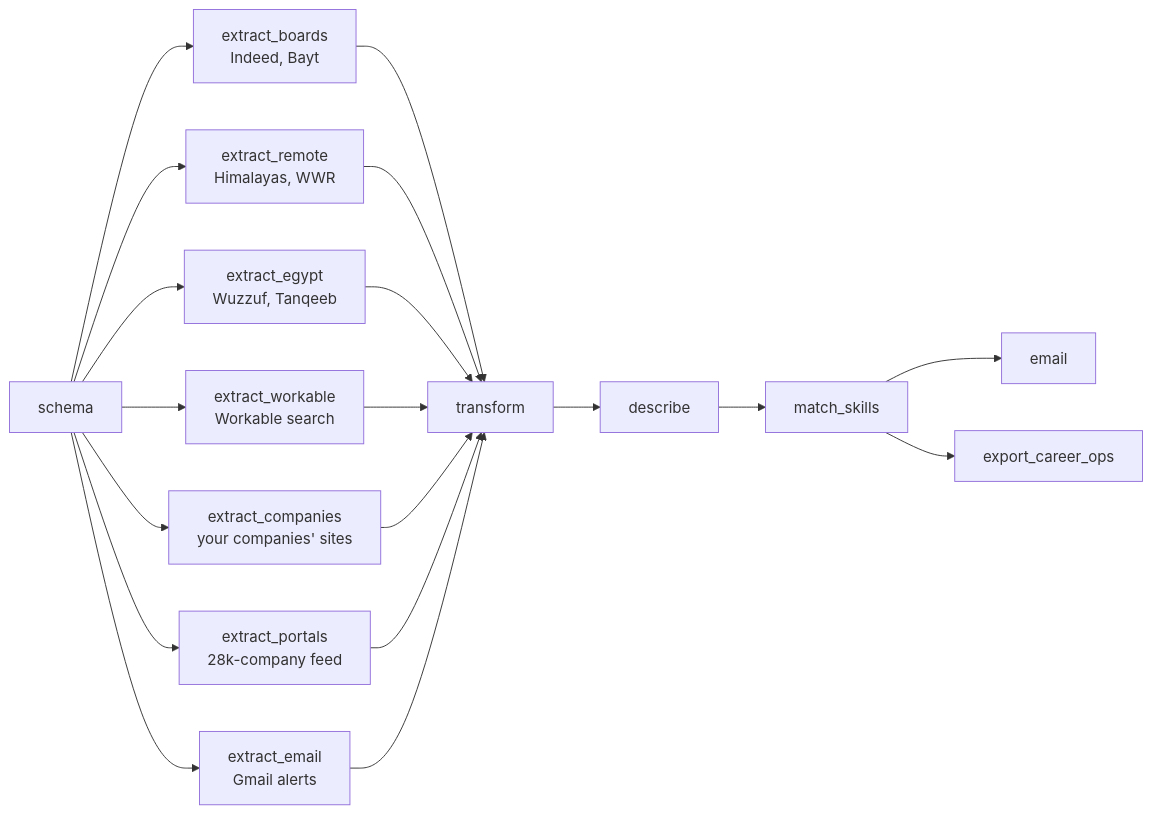
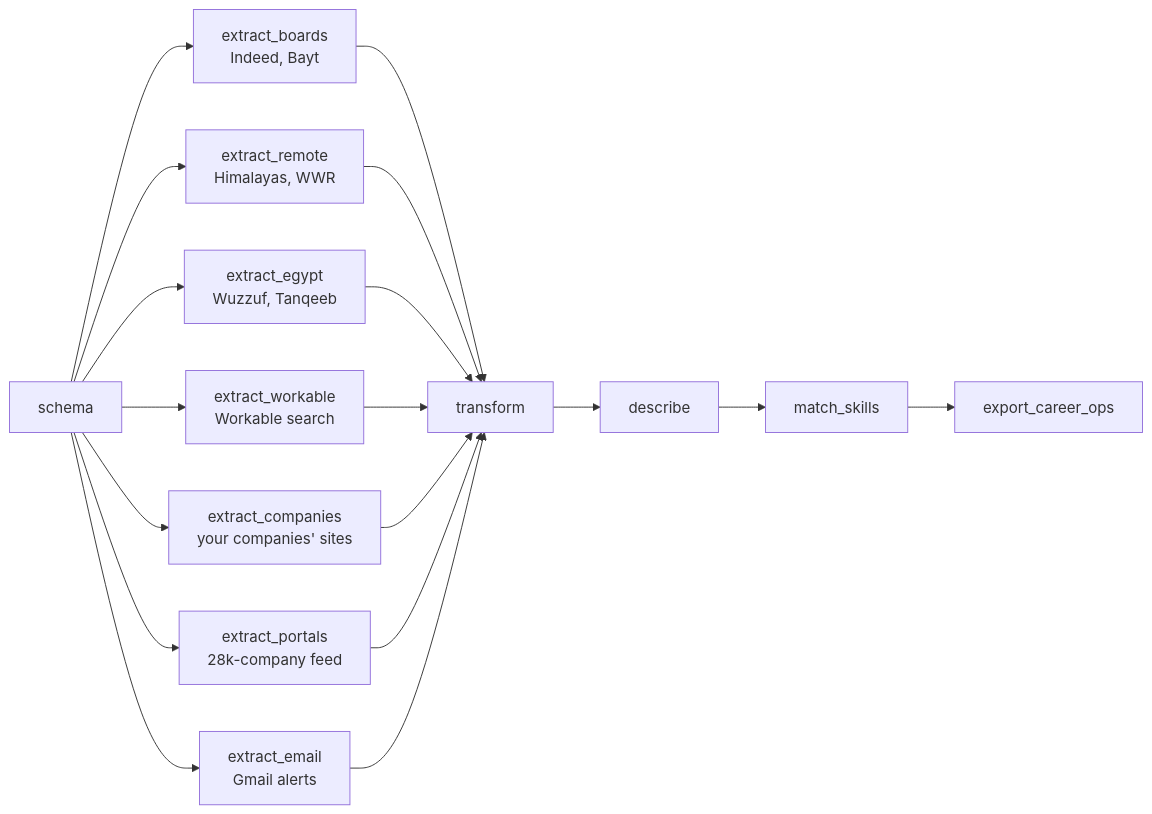
One commit to omarshalabyy1/job-radar changed the second of 3 diagrams in README.md. Above: the diagram before and after it, drawn with Mermaid. The commit also changed other lines of this file and 6 other files, not shown here.

````diff
--- a/README.md
+++ b/README.md
@@ -40,12 +40,12 @@
 ```mermaid
 flowchart LR
     schema --> boards[extract_boards<br/>Indeed, Bayt]
     schema --> remote[extract_remote<br/>Himalayas, WWR]
     schema --> egypt[extract_egypt<br/>Wuzzuf, Tanqeeb]
     schema --> wk[extract_workable<br/>Workable search]
     schema --> comp[extract_companies<br/>your companies' sites]
     schema --> portals[extract_portals<br/>28k-company feed]
     schema --> mail[extract_email<br/>Gmail alerts]
     boards & remote & egypt & wk & comp & portals & mail --> transform --> describe --> match_skills
-    match_skills --> email & export_career_ops
+    match_skills --> export_career_ops
 ```
````
